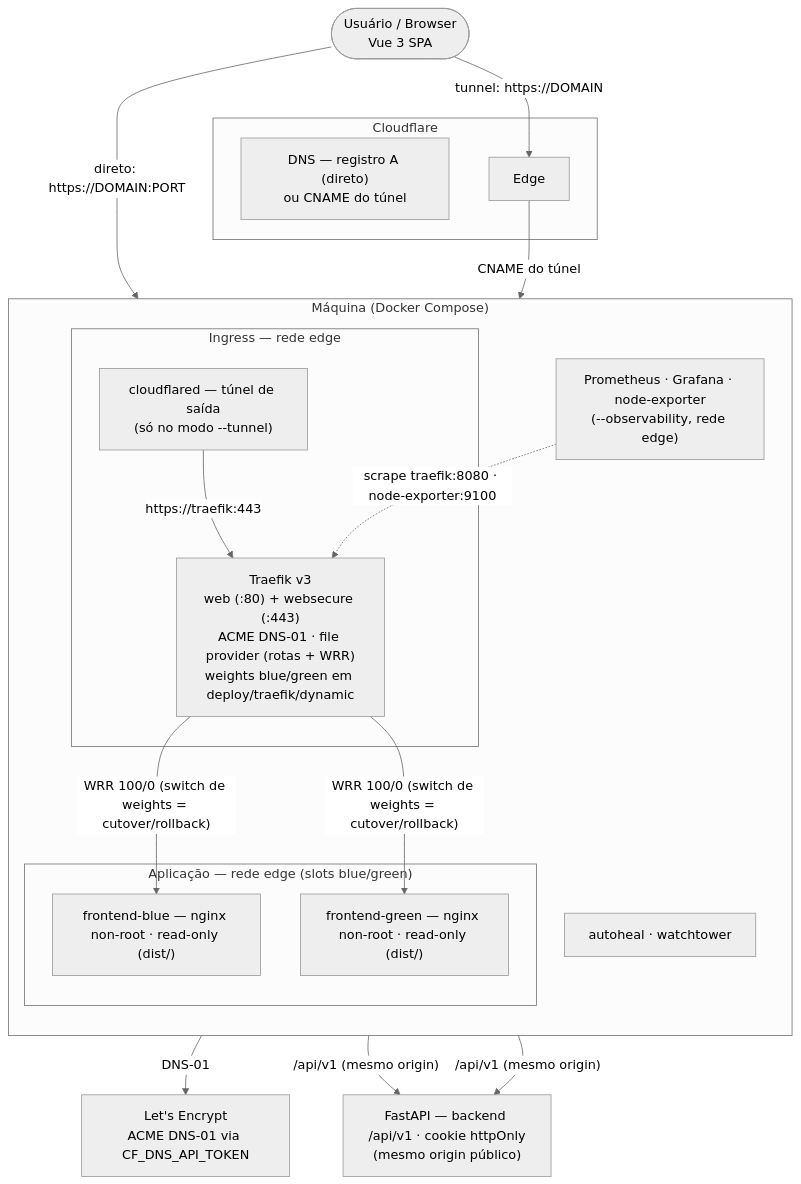
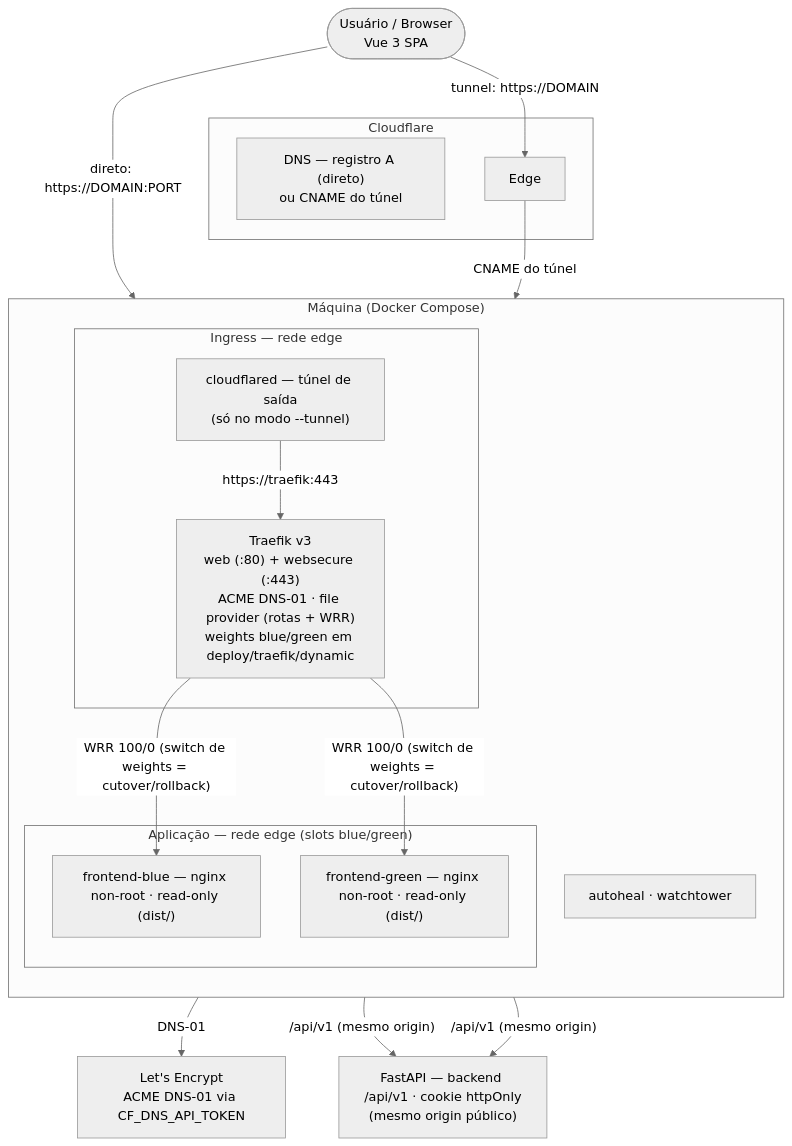
Before and after one commit to ofcoliva/login-frontend: the first of 5 diagrams in README.md, drawn with Mermaid (neutral theme). The commit also changed other lines of this file and 3 other files, not shown here.

````diff
--- a/README.md
+++ b/README.md
@@ -43,37 +43,35 @@
 ```mermaid
 flowchart TB
     U([Usuário / Browser<br/>Vue 3 SPA])
 
     subgraph CF["Cloudflare"]
         DNS["DNS — registro A (direto)<br/>ou CNAME do túnel"]
         EDGE["Edge"]
     end
 
     LE["Let's Encrypt<br/>ACME DNS-01 via CF_DNS_API_TOKEN"]
 
     subgraph HOST["Máquina (Docker Compose)"]
         direction TB
         subgraph INGRESS["Ingress — rede edge"]
             TRAEFIK["Traefik v3<br/>web (:80) + websecure (:443)<br/>ACME DNS-01 · file provider (rotas + WRR)<br/>weights blue/green em deploy/traefik/dynamic"]
             CFT["cloudflared — túnel de saída<br/>(só no modo --tunnel)"]
         end
         subgraph APP["Aplicação — rede edge (slots blue/green)"]
             B["frontend-blue — nginx non-root · read-only (dist/)"]
             G["frontend-green — nginx non-root · read-only (dist/)"]
         end
         OPS["autoheal · watchtower"]
-        OBS["Prometheus · Grafana · node-exporter<br/>(--observability, rede edge)"]
     end
 
     API["FastAPI — backend /api/v1 · cookie httpOnly<br/>(mesmo origin público)"]
 
     U -->|"direto: https://DOMAIN:PORT"| TRAEFIK
     U -->|"tunnel: https://DOMAIN"| EDGE
     EDGE -->|CNAME do túnel| CFT
     CFT -->|"https://traefik:443"| TRAEFIK
     TRAEFIK -->|"WRR 100/0 (switch de weights = cutover/rollback)"| B
     TRAEFIK -->|"WRR 100/0 (switch de weights = cutover/rollback)"| G
     TRAEFIK -->|DNS-01| LE
     B & G -->|"/api/v1 (mesmo origin)"| API
-    OBS -.->|"scrape traefik:8080 · node-exporter:9100"| TRAEFIK
 ```
````
